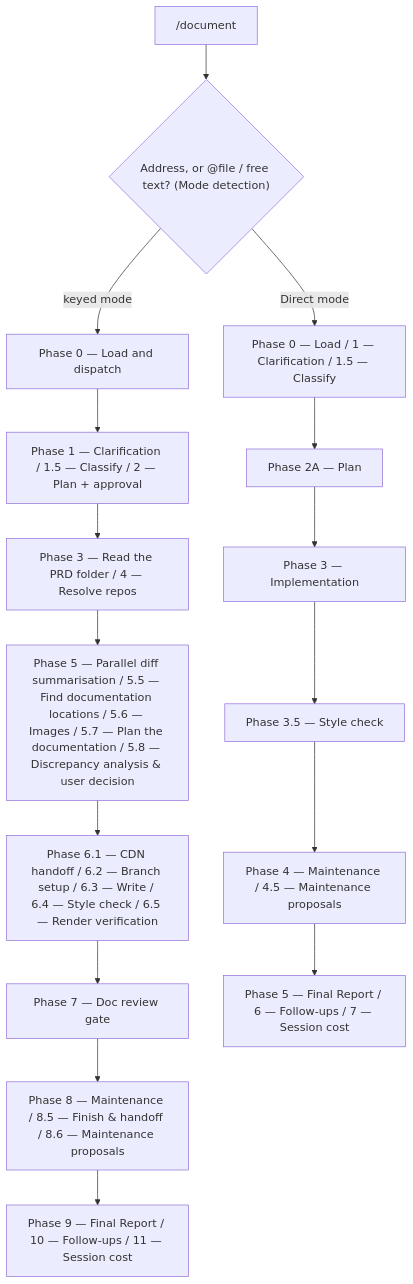
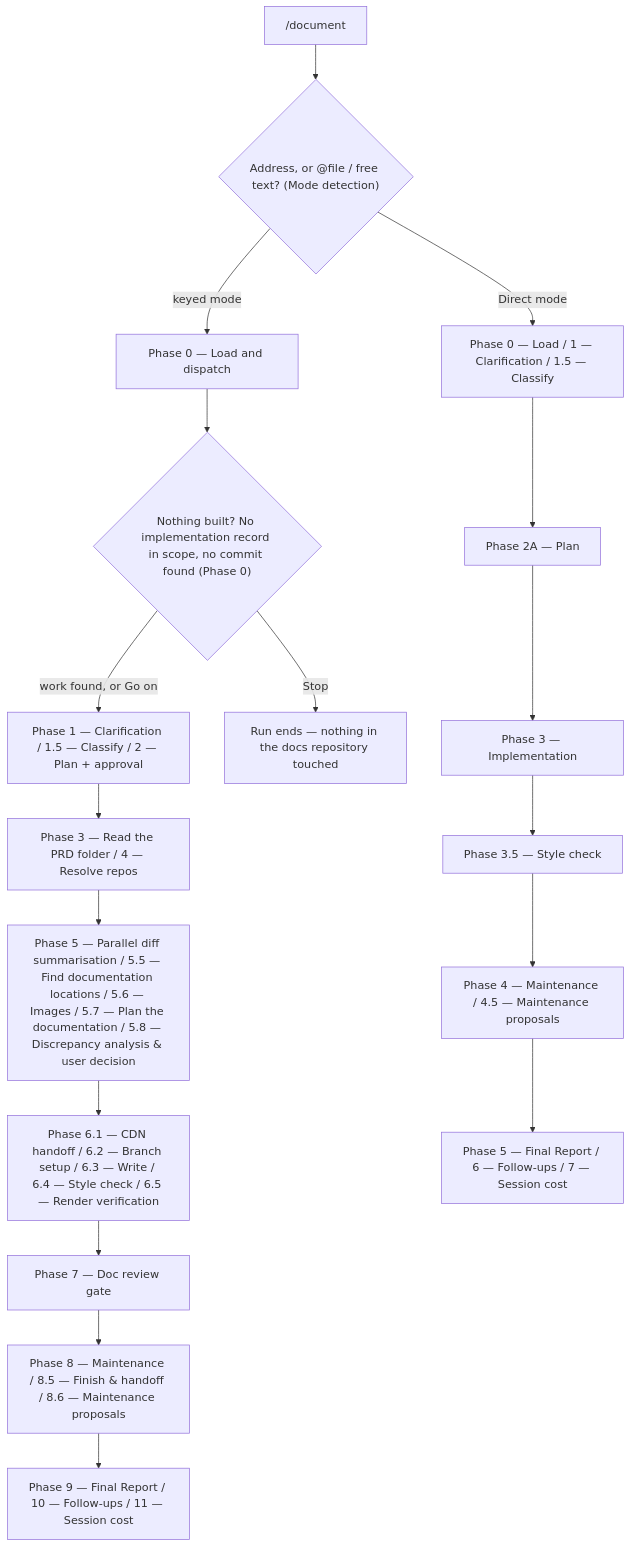
The diagram in plugins/docs-workflows/docs/commands/document.md (ihudak/ai-workflows), drawn with Mermaid before and after one commit. The commit also changed other lines of this file and 13 other files, not shown here.

````diff
--- a/plugins/docs-workflows/docs/commands/document.md
+++ b/plugins/docs-workflows/docs/commands/document.md
@@ -31,18 +31,20 @@
 ```mermaid
 flowchart TD
     IN["/document"] --> MD{"Address, or @file / free text? (Mode detection)"}
     MD -- "keyed mode" --> A0["Phase 0 — Load and dispatch"]
-    A0 --> A12["Phase 1 — Clarification / 1.5 — Classify / 2 — Plan + approval"]
+    A0 --> NB{"Nothing built? No implementation record in scope, no commit found (Phase 0)"}
+    NB -- "work found, or Go on" --> A12["Phase 1 — Clarification / 1.5 — Classify / 2 — Plan + approval"]
+    NB -- "Stop" --> NBS["Run ends — nothing in the docs repository touched"]
     A12 --> A345["Phase 3 — Read the PRD folder / 4 — Resolve repos"]
     A345 --> A59["Phase 5 — Parallel diff summarisation / 5.5 — Find documentation locations / 5.6 — Images / 5.7 — Plan the documentation / 5.8 — Discrepancy analysis & user decision"]
     A59 --> A665["Phase 6.1 — CDN handoff / 6.2 — Branch setup / 6.3 — Write / 6.4 — Style check / 6.5 — Render verification"]
     A665 --> A7["Phase 7 — Doc review gate"]
     A7 --> A886["Phase 8 — Maintenance / 8.5 — Finish & handoff / 8.6 — Maintenance proposals"]
     A886 --> A911["Phase 9 — Final Report / 10 — Follow-ups / 11 — Session cost"]
     MD -- "Direct mode" --> B01["Phase 0 — Load / 1 — Clarification / 1.5 — Classify"]
     B01 --> B2["Phase 2A — Plan"]
     B2 --> B3["Phase 3 — Implementation"]
     B3 --> B35["Phase 3.5 — Style check"]
     B35 --> B445["Phase 4 — Maintenance / 4.5 — Maintenance proposals"]
     B445 --> B57["Phase 5 — Final Report / 6 — Follow-ups / 7 — Session cost"]
 ```
````
